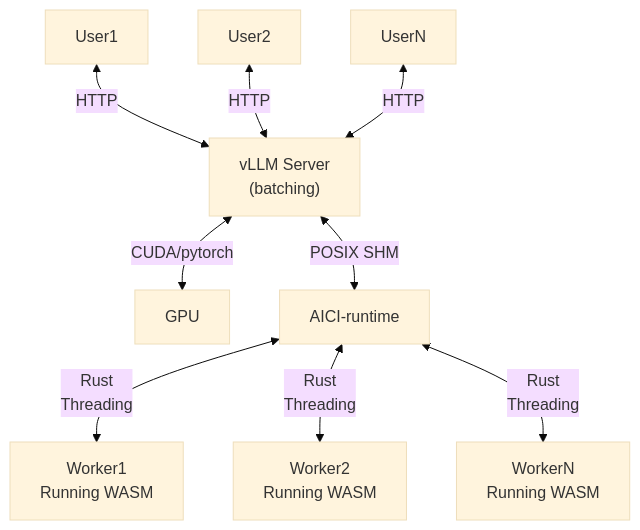
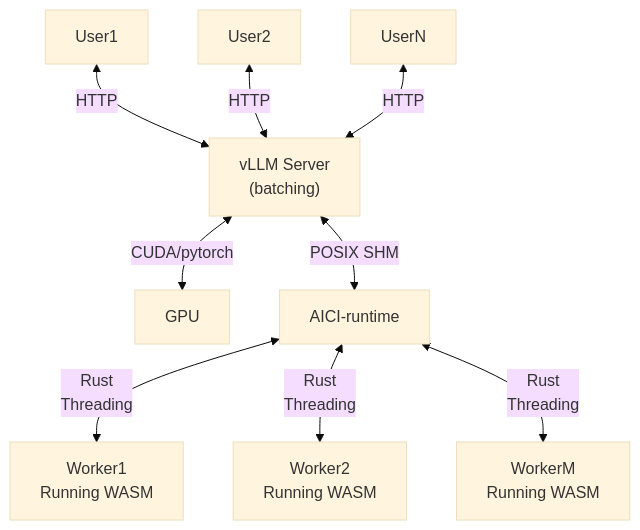
Before and after one commit to microsoft/aici: the first of 2 diagrams in README.md, drawn with Mermaid (base theme).

Commit message:
clearify pic

````diff
--- a/README.md
+++ b/README.md
@@ -48,11 +48,11 @@
 ```mermaid
 graph TD
     User1 <-- HTTP --> vLLM
     User2 <-- HTTP --> vLLM
     UserN <-- HTTP --> vLLM["vLLM Server<br>(batching)"]
     vLLM <-- CUDA/pytorch --> GPU
     vLLM <-- POSIX SHM --> aicirt[AICI-runtime]
     aicirt <-- Rust<br>Threading --> Worker1[Worker1<br>Running WASM]
     aicirt <-- Rust<br>Threading --> Worker2[Worker2<br>Running WASM]
-    aicirt <-- Rust<br>Threading --> WorkerN[WorkerN<br>Running WASM]
+    aicirt <-- Rust<br>Threading --> WorkerM[WorkerM<br>Running WASM]
 ```
````
